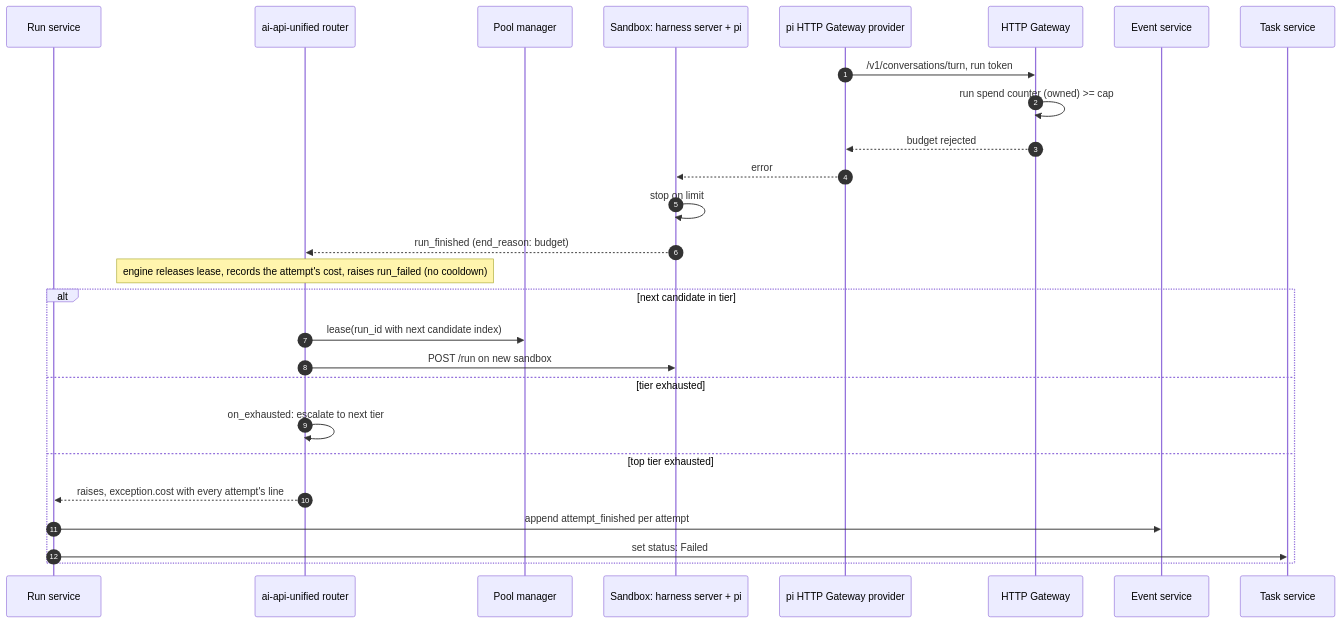
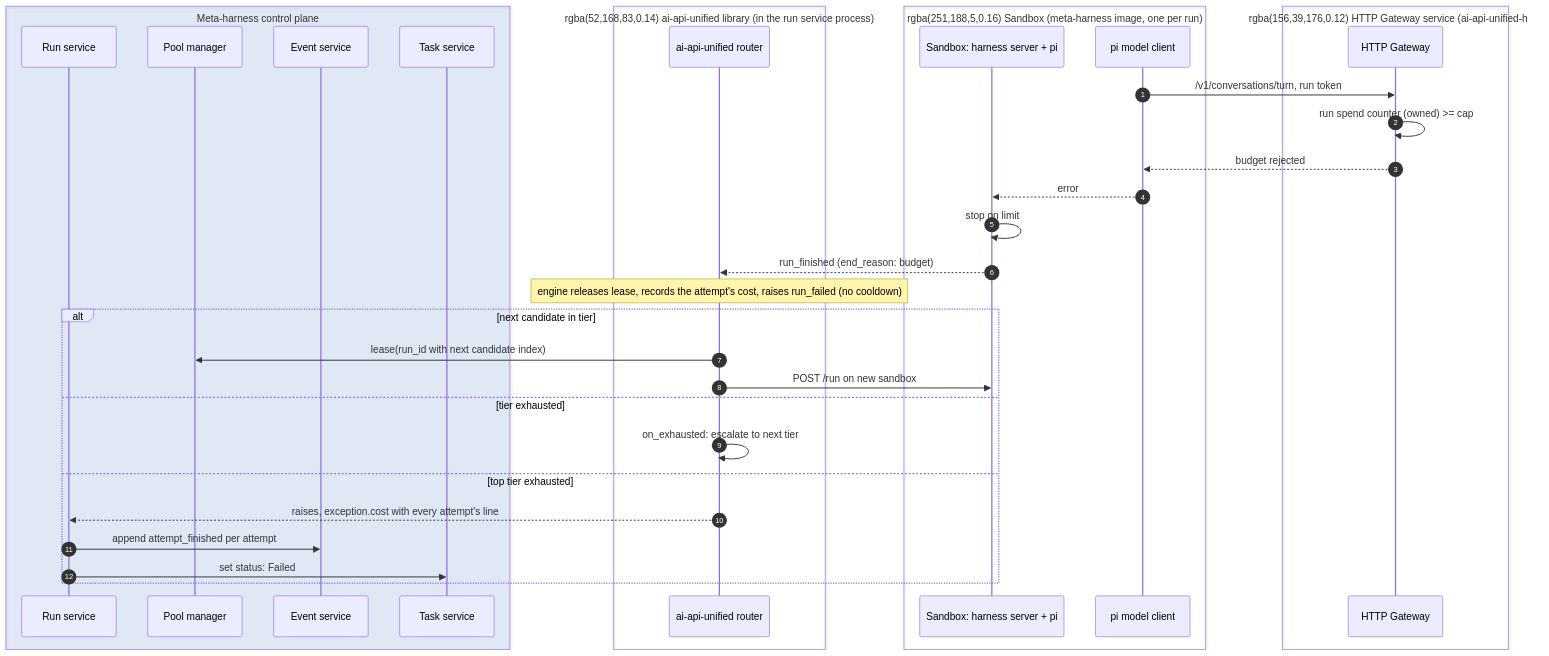
One commit to davecthomas/meta-harness changed the eighth of 12 diagrams in docs/technical-design.md. Above: the diagram before and after it, drawn with Mermaid. The commit also changed other lines of this file, not shown here.

First line of the commit message:
docs/design-cleanup-and-boundaries: plain prose, model client name, owner boxes in sequences

````diff
--- a/docs/technical-design.md
+++ b/docs/technical-design.md
@@ -808,30 +848,38 @@
 ```mermaid
 sequenceDiagram
     autonumber
+    box rgba(66,135,245,0.12) Meta-harness control plane
     participant W as Run service
-    participant R as ai-api-unified router
     participant PM as Pool manager
-    participant SB as Sandbox: harness server + pi
-    participant X as pi HTTP Gateway provider
-    participant GW as HTTP Gateway
     participant EV as Event service
     participant TS as Task service
+    end
+    box rgba(52,168,83,0.14) ai-api-unified library (in the run service process)
+    participant R as ai-api-unified router
+    end
+    box rgba(251,188,5,0.16) Sandbox (meta-harness image, one per run)
+    participant SB as Sandbox: harness server + pi
+    participant X as pi model client
+    end
+    box rgba(156,39,176,0.12) HTTP Gateway service (ai-api-unified-http)
+    participant GW as HTTP Gateway
+    end
 
     X->>GW: /v1/conversations/turn, run token
     GW->>GW: run spend counter (owned) >= cap
     GW-->>X: budget rejected
     X-->>SB: error
     SB->>SB: stop on limit
     SB-->>R: run_finished (end_reason: budget)
     Note over R: engine releases lease, records the attempt's cost, raises run_failed (no cooldown)
     alt next candidate in tier
         R->>PM: lease(run_id with next candidate index)
         R->>SB: POST /run on new sandbox
     else tier exhausted
         R->>R: on_exhausted: escalate to next tier
     else top tier exhausted
         R-->>W: raises, exception.cost with every attempt's line
         W->>EV: append attempt_finished per attempt
         W->>TS: set status: Failed
     end
 ```
````
